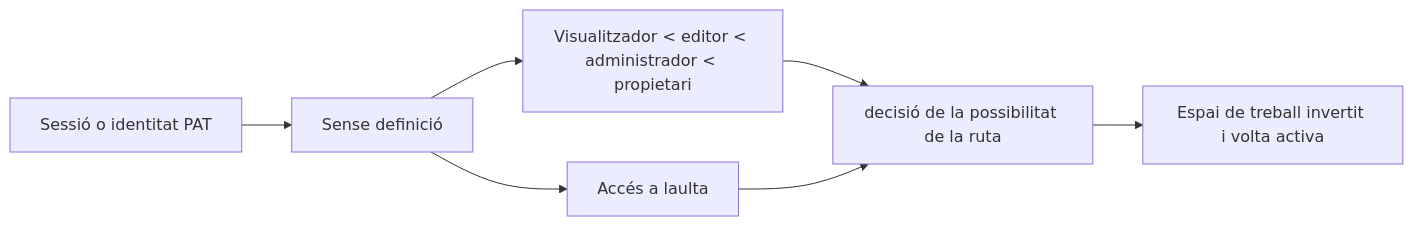
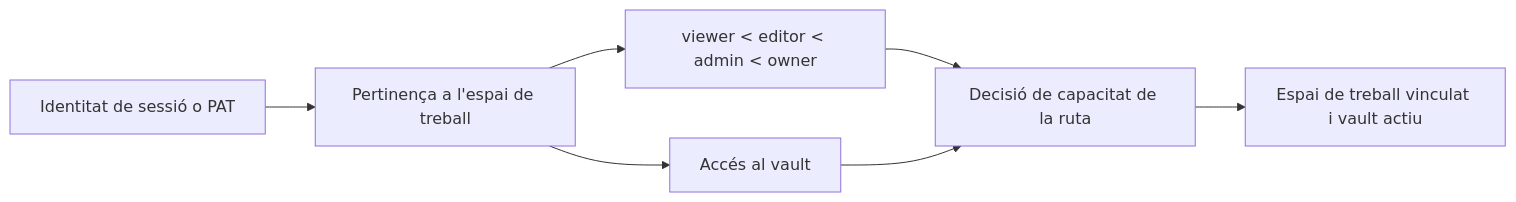
The diagram in docs/engineering-ca/domains/auth-workspaces-sharing.md (ismigar/Gnosi), drawn with Mermaid before and after one commit. The commit also changed other lines of this file and 96 other files, not shown here.

````diff
--- a/docs/engineering-ca/domains/auth-workspaces-sharing.md
+++ b/docs/engineering-ca/domains/auth-workspaces-sharing.md
@@ -56,9 +108,9 @@
 ```mermaid
 flowchart LR
-    Identity["Sessió o identitat PAT"] --> Member["Sense definició"]
-    Member --> Role["Visualitzador < editor < administrador < propietari"]
-    Member --> Access["Accés a laulta"]
-    Role --> Decision["decisió de la possibilitat de la ruta"]
+    Identity["Identitat de sessió o PAT"] --> Member["Pertinença a l'espai de treball"]
+    Member --> Role["viewer < editor < admin < owner"]
+    Member --> Access["Accés al vault"]
+    Role --> Decision["Decisió de capacitat de la ruta"]
     Access --> Decision
-    Decision --> Context["Espai de treball invertit i volta activa"]
+    Decision --> Context["Espai de treball vinculat i vault actiu"]
 ```
````
